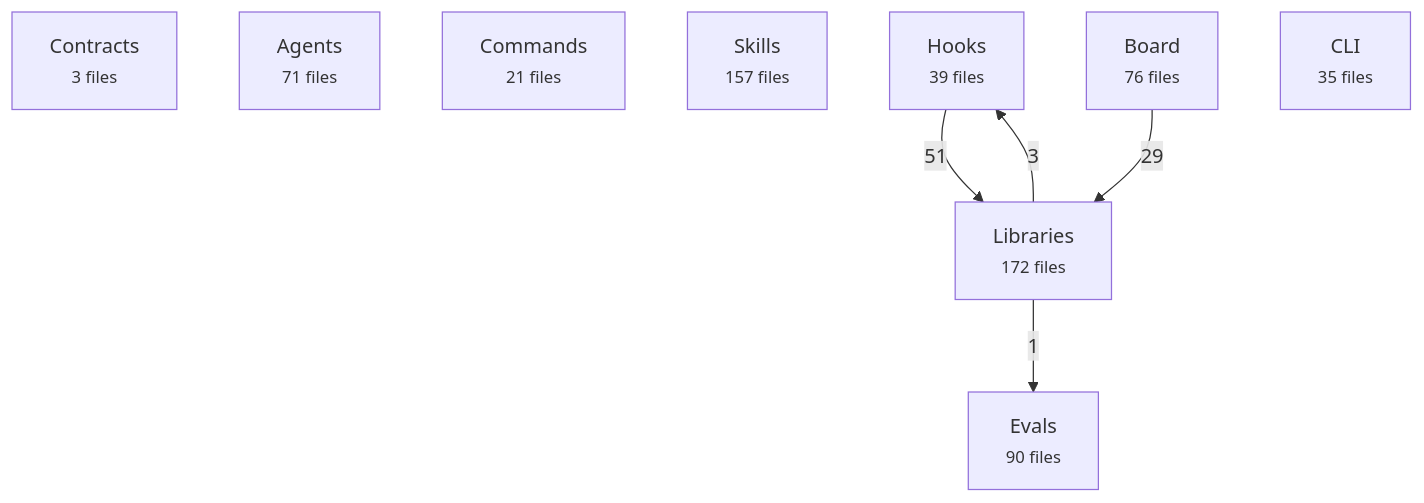
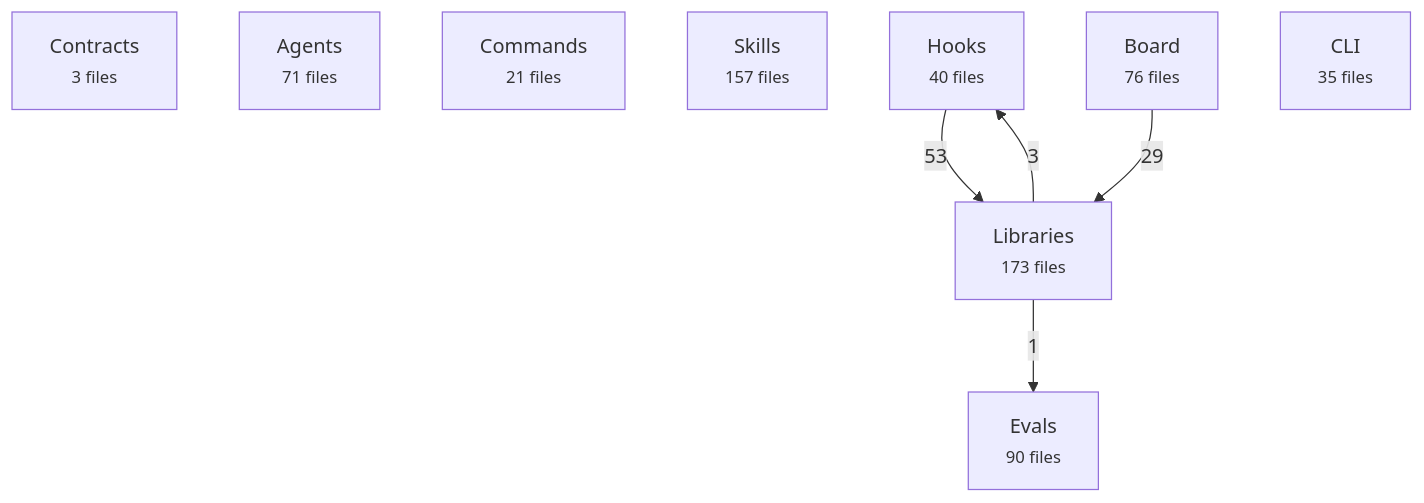
Before and after one commit to avelikiy/great_cto: the first of 2 diagrams in docs/reference/architecture-map.md, drawn with Mermaid. The commit also changed other lines of this file and 9 other files, not shown here.

````diff
--- a/docs/reference/architecture-map.md
+++ b/docs/reference/architecture-map.md
@@ -20,16 +20,16 @@
 ```mermaid
 flowchart TD
   contracts["Contracts<br/><small>3 files</small>"]
   agents["Agents<br/><small>71 files</small>"]
   commands["Commands<br/><small>21 files</small>"]
   skills["Skills<br/><small>157 files</small>"]
-  hooks["Hooks<br/><small>39 files</small>"]
-  libs["Libraries<br/><small>172 files</small>"]
+  hooks["Hooks<br/><small>40 files</small>"]
+  libs["Libraries<br/><small>173 files</small>"]
   board["Board<br/><small>76 files</small>"]
   cli["CLI<br/><small>35 files</small>"]
   evals["Evals<br/><small>90 files</small>"]
-  hooks -->|51| libs
+  hooks -->|53| libs
   board -->|29| libs
   libs -->|3| hooks
   libs -->|1| evals
 ```
````
